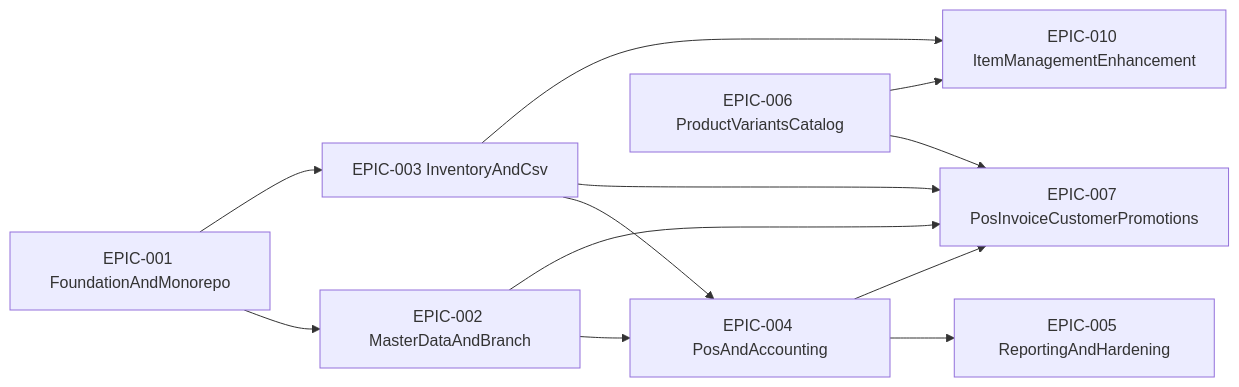
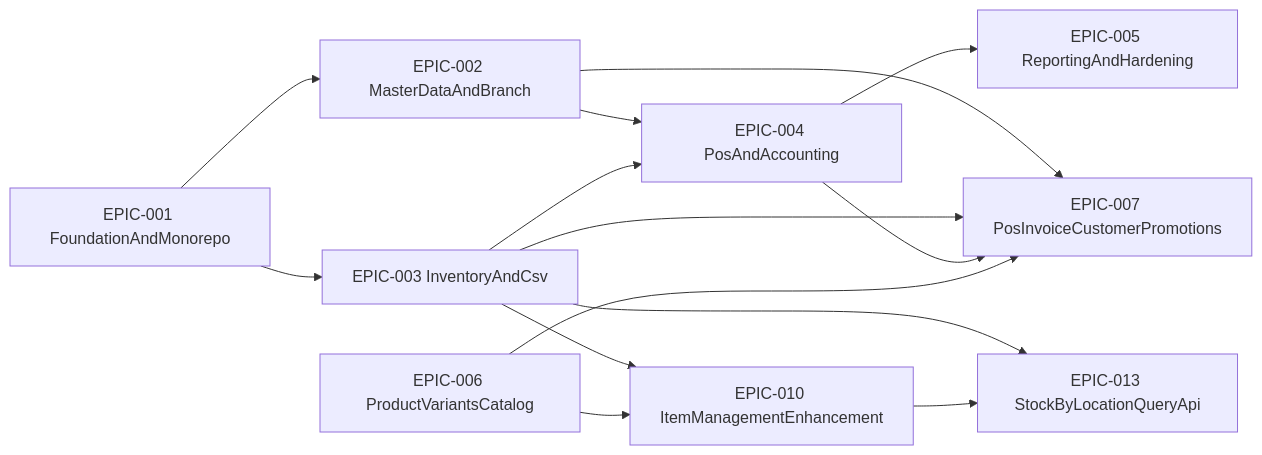
Before and after one commit to JackTran15/jack-erp: the first of 4 diagrams in tickets/README.md, drawn with Mermaid. The commit also changed other lines of this file and 13 other files, not shown here.

Commit message:
feat: implement stock-by-location query API with filtering and metadata response

````diff
--- a/tickets/README.md
+++ b/tickets/README.md
@@ -12,14 +12,16 @@
 ```mermaid
 flowchart LR
   E1["EPIC-001 FoundationAndMonorepo"] --> E2["EPIC-002 MasterDataAndBranch"]
   E1 --> E3["EPIC-003 InventoryAndCsv"]
   E2 --> E4["EPIC-004 PosAndAccounting"]
   E3 --> E4
   E4 --> E5["EPIC-005 ReportingAndHardening"]
   E2 --> E7["EPIC-007 PosInvoiceCustomerPromotions"]
   E3 --> E7
   E4 --> E7
   E6["EPIC-006 ProductVariantsCatalog"] --> E7
   E3 --> E10["EPIC-010 ItemManagementEnhancement"]
   E6 --> E10
+  E3 --> E13["EPIC-013 StockByLocationQueryApi"]
+  E10 --> E13
 ```
````
